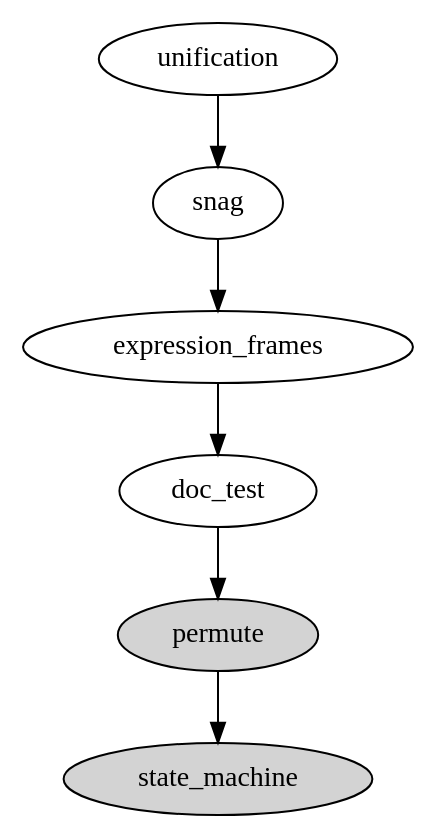
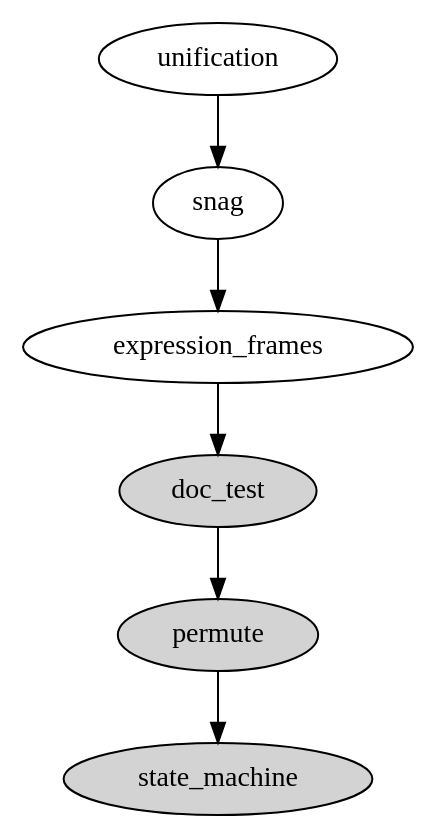
One commit to hipe/tmx changed the diagram in current-tangent-stack.dot. Above: the diagram before and after it, drawn with Graphviz. The commit also changed 22 other files, not shown here.

```diff
--- a/current-tangent-stack.dot
+++ b/current-tangent-stack.dot
@@ -1,12 +1,12 @@
 digraph g {
 
+  doc_test [style=filled]
+  permute [style=filled]
   state_machine [style=filled]
-  permute [style=filled]
-
 
   permute->state_machine
   expression_frames->doc_test
   doc_test->permute
   snag->expression_frames
   unification->snag
 }
```
